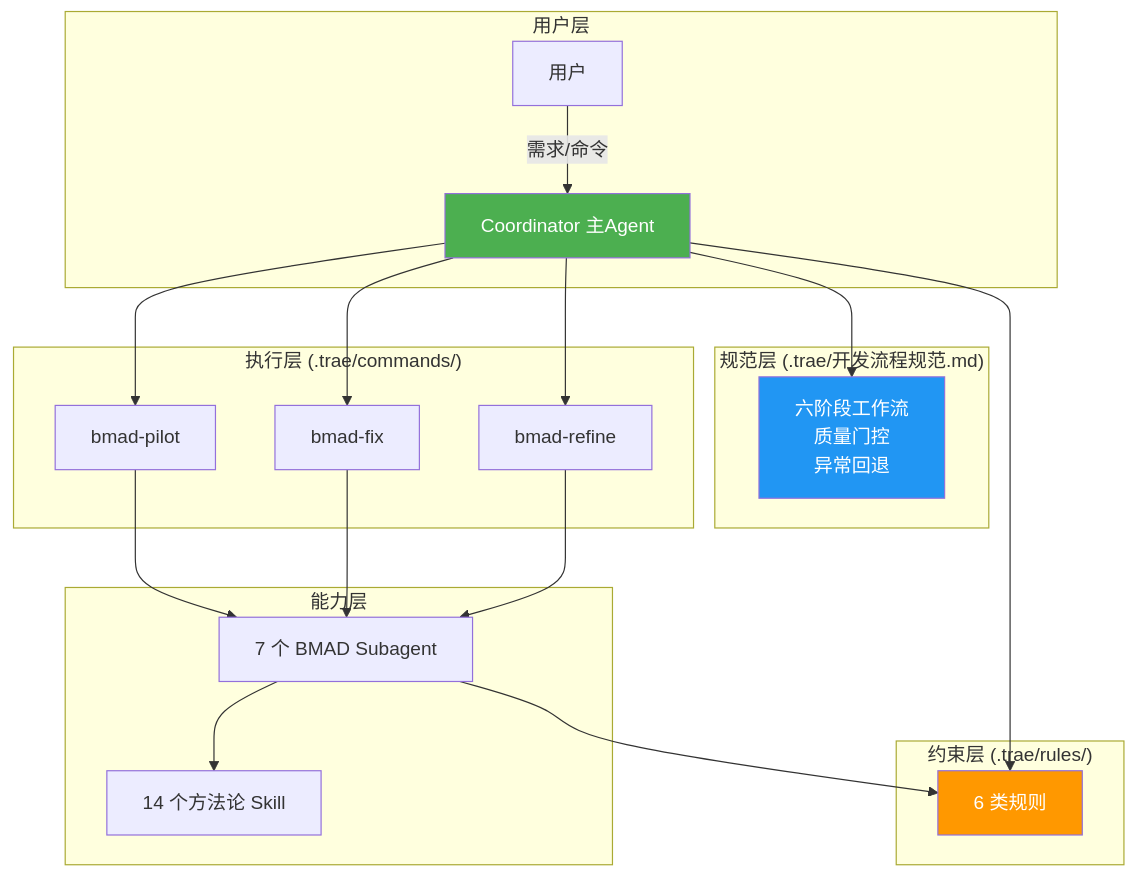
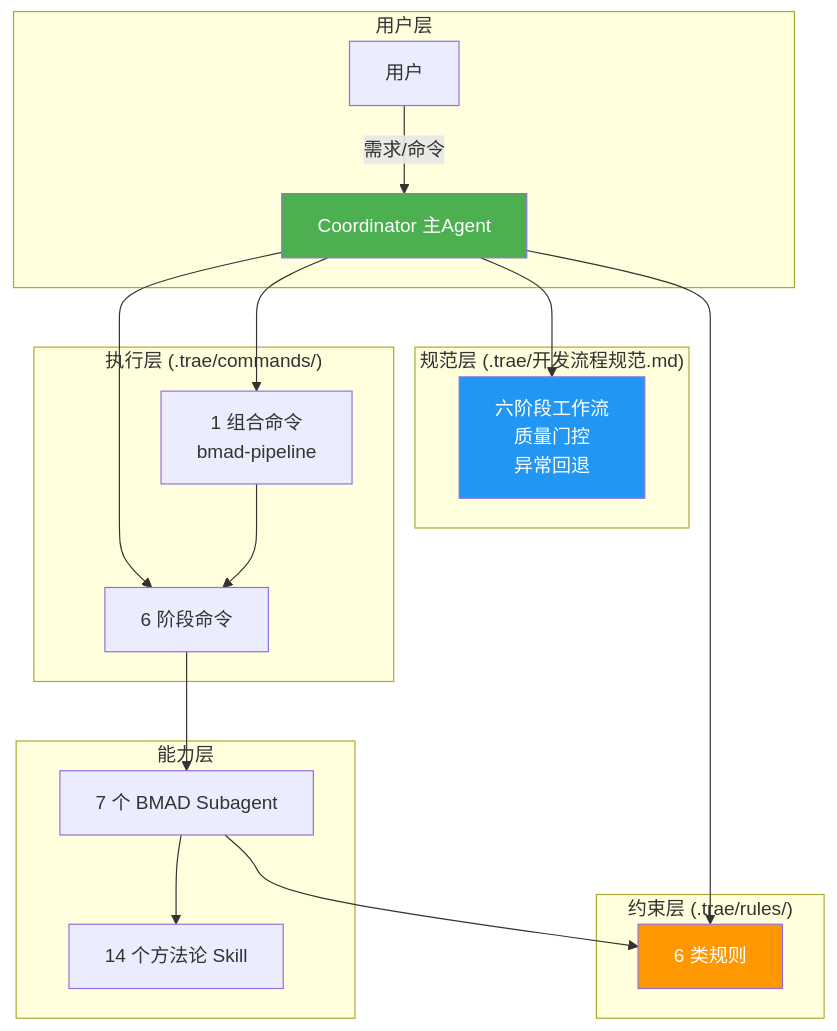
One commit to yecllsl/trae-agent-skills changed the first of 5 diagrams in CODE_WIKI.md. Above: the diagram before and after it, drawn with Mermaid. The commit also changed other lines of this file and 8 other files, not shown here.

````diff
--- a/CODE_WIKI.md
+++ b/CODE_WIKI.md
@@ -53,40 +56,37 @@
 ```mermaid
 graph TB
     subgraph "用户层"
         A[用户] -->|需求/命令| B[Coordinator 主Agent]
     end
 
     subgraph "规范层 (.trae/开发流程规范.md)"
         SPEC[六阶段工作流<br/>质量门控<br/>异常回退]
     end
 
     subgraph "执行层 (.trae/commands/)"
-        CMD1[bmad-pilot]
-        CMD2[bmad-fix]
-        CMD3[bmad-refine]
+        CMD1[6 阶段命令]
+        CMD2[1 组合命令<br/>bmad-pipeline]
     end
 
     subgraph "能力层"
         AGENTS[7 个 BMAD Subagent]
         SKILLS[14 个方法论 Skill]
     end
 
     subgraph "约束层 (.trae/rules/)"
         RULES[6 类规则]
     end
 
     B --> SPEC
     B --> CMD1
     B --> CMD2
-    B --> CMD3
     CMD1 --> AGENTS
-    CMD2 --> AGENTS
-    CMD3 --> AGENTS
+    CMD2 --> CMD1
     AGENTS --> SKILLS
     B --> RULES
     AGENTS --> RULES
 
     style B fill:#4CAF50,color:#fff
     style SPEC fill:#2196F3,color:#fff
     style RULES fill:#FF9800,color:#fff
 ```
````
